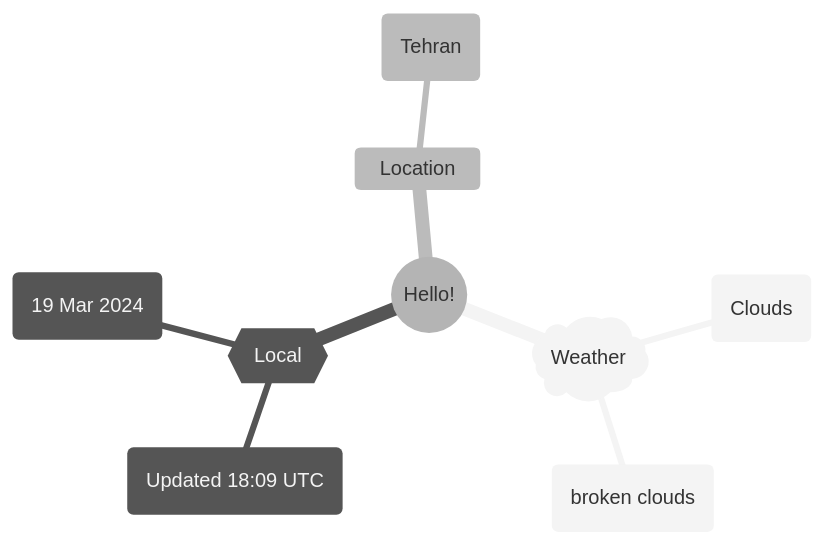
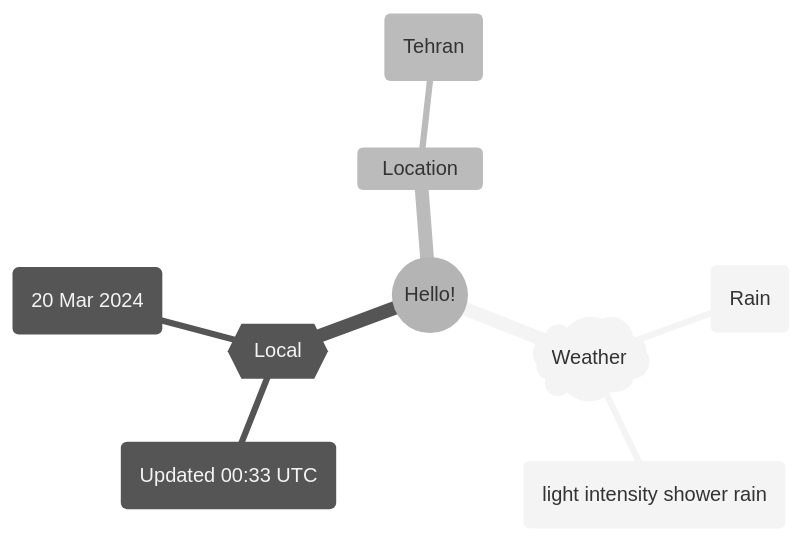
Before and after one commit to Xosrov/Xosrov: the first of 2 diagrams in README.md, drawn with Mermaid (neutral theme).

Commit message:
[bot] updated images

````diff
--- a/README.md
+++ b/README.md
@@ -3,12 +3,12 @@
 ```mermaid
 mindmap
   root((Hello!))
     )Weather(
-        (Clouds)
-        (broken clouds)
+        (Rain)
+        (light intensity shower rain)
     {{Local}}
-        (Updated 18:09 UTC)
-        (19 Mar 2024)
+        (Updated 00:33 UTC)
+        (20 Mar 2024)
     Location
         (Tehran)
 ```
````
